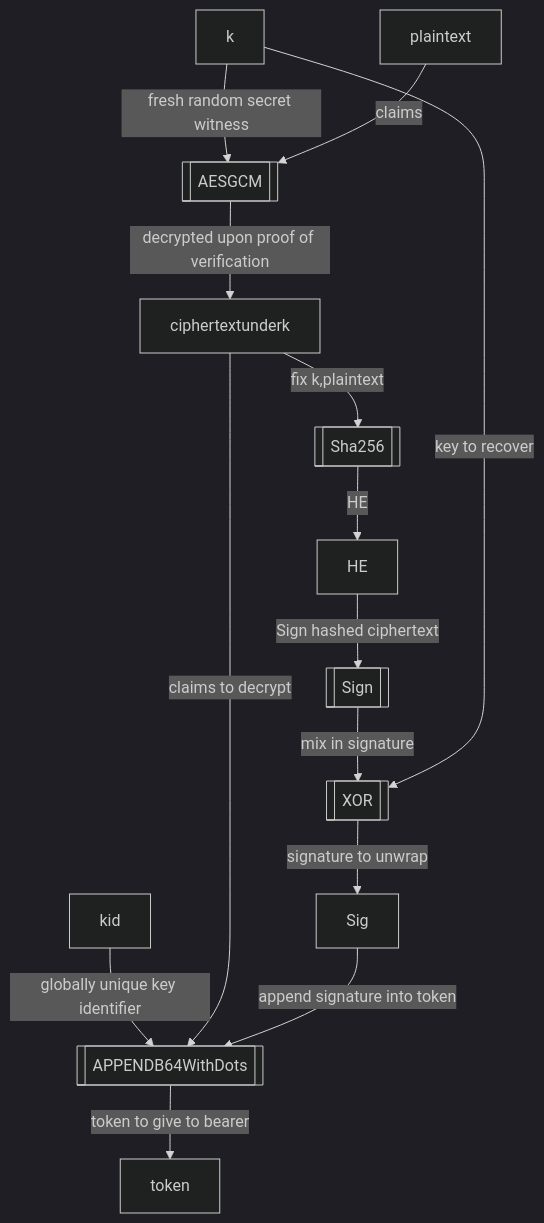
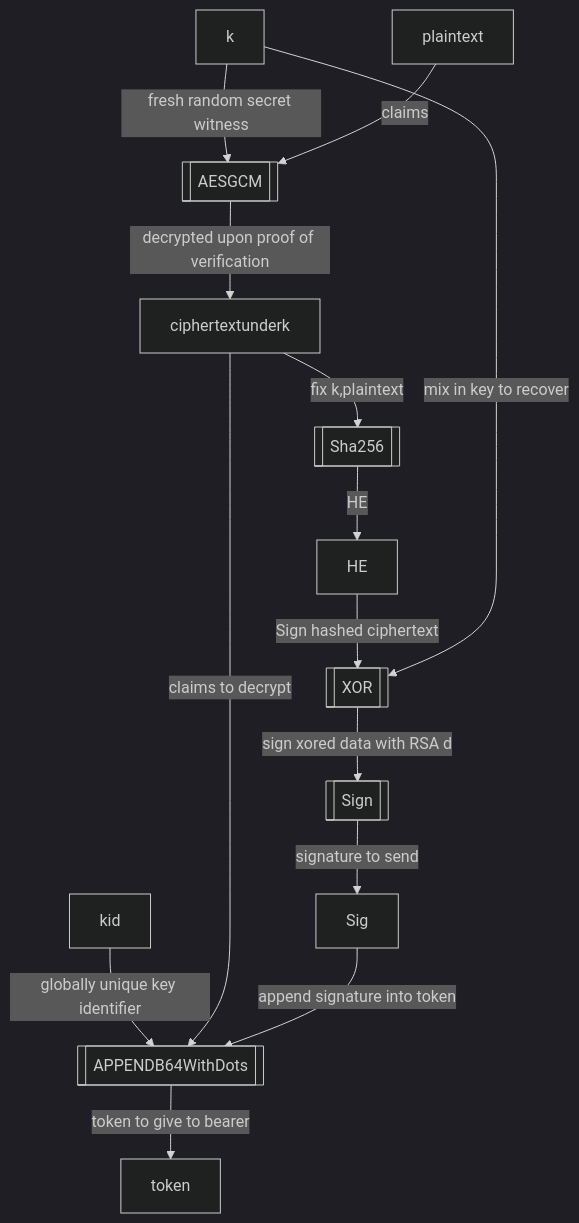
The second of 2 diagrams in README.md (rfielding/whiskeyTango), drawn with Mermaid (dark theme) before and after one commit.

Commit message:
update diagram

````diff
--- a/README.md
+++ b/README.md
@@ -94,21 +94,21 @@
 ```mermaid
 flowchart TB
   AESGCM[[AESGCM]]
   APPENDB64WithDots[[APPENDB64WithDots]]
   k-- fresh random secret witness -->AESGCM
   plaintext-- claims -->AESGCM
   AESGCM-- decrypted upon proof of verification -->ciphertextunderk
   kid-- globally unique key identifier -->APPENDB64WithDots
   ciphertextunderk-- claims to decrypt -->APPENDB64WithDots
   APPENDB64WithDots-- token to give to bearer -->token
   Sha256[[Sha256]]
   ciphertextunderk-- fix k,plaintext -->Sha256
   XOR[[XOR]]
   Sign[[Sign]]
   Sha256-- HE -->HE
-  HE-- Sign hashed ciphertext  -->Sign
-  Sign-- mix in signature -->XOR
-  k-- key to recover -->XOR
-  XOR-- signature to unwrap -->Sig
+  HE-- Sign hashed ciphertext  -->XOR
+  k-- mix in key to recover -->XOR
+  XOR-- sign xored data with RSA d -->Sign
+  Sign-- signature to send -->Sig
   Sig-- append signature into token -->APPENDB64WithDots
 ```
````
